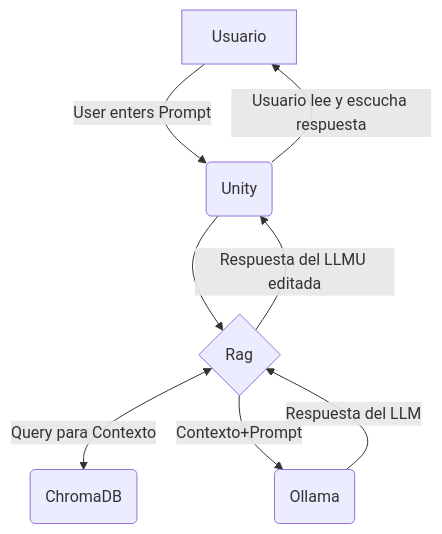
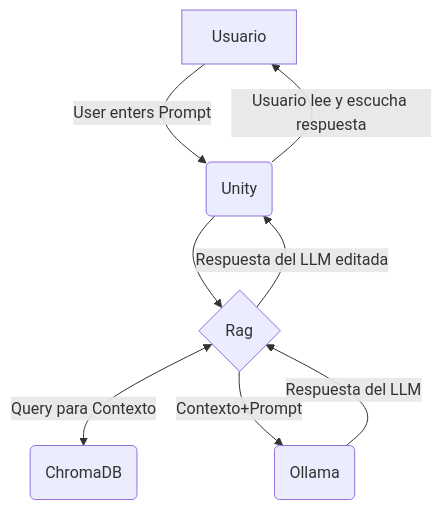
One commit to mcortes027/alina changed the diagram in README.md. Above: the diagram before and after it, drawn with Mermaid.

````diff
--- a/README.md
+++ b/README.md
@@ -6,10 +6,10 @@
 ```mermaid
     flowchart TD;
         Us[Usuario] -->|User enters Prompt|Un(Unity);
         Un --> R{Rag};
         R <--> |Query para Contexto|C(ChromaDB);
         R --> |Contexto+Prompt|O(Ollama);
         O --> |Respuesta del LLM|R;
-        R --> |Respuesta del LLMU editada|Un;
+        R --> |Respuesta del LLM editada|Un;
         Un --> |Usuario lee y escucha respuesta|Us;
 ```
````
